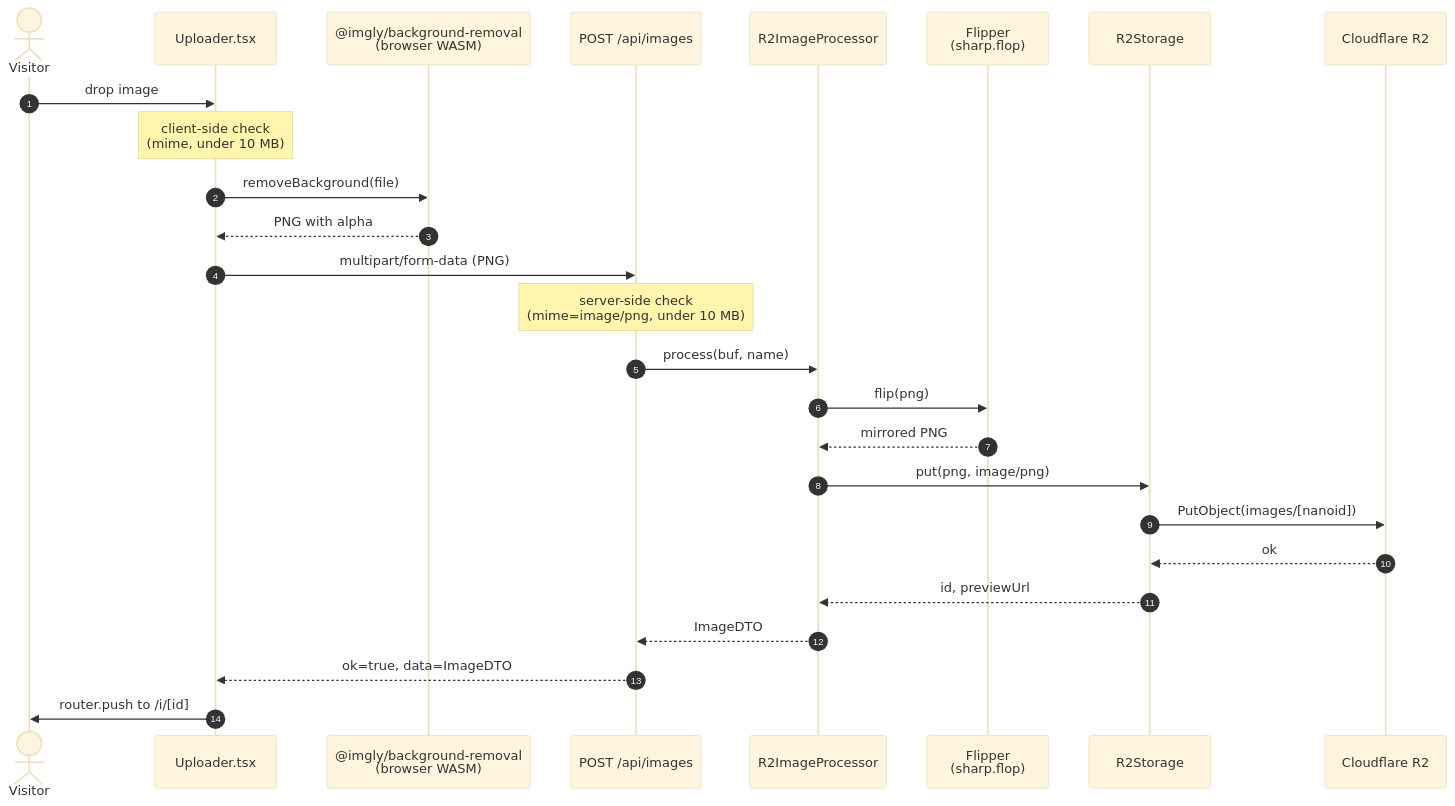
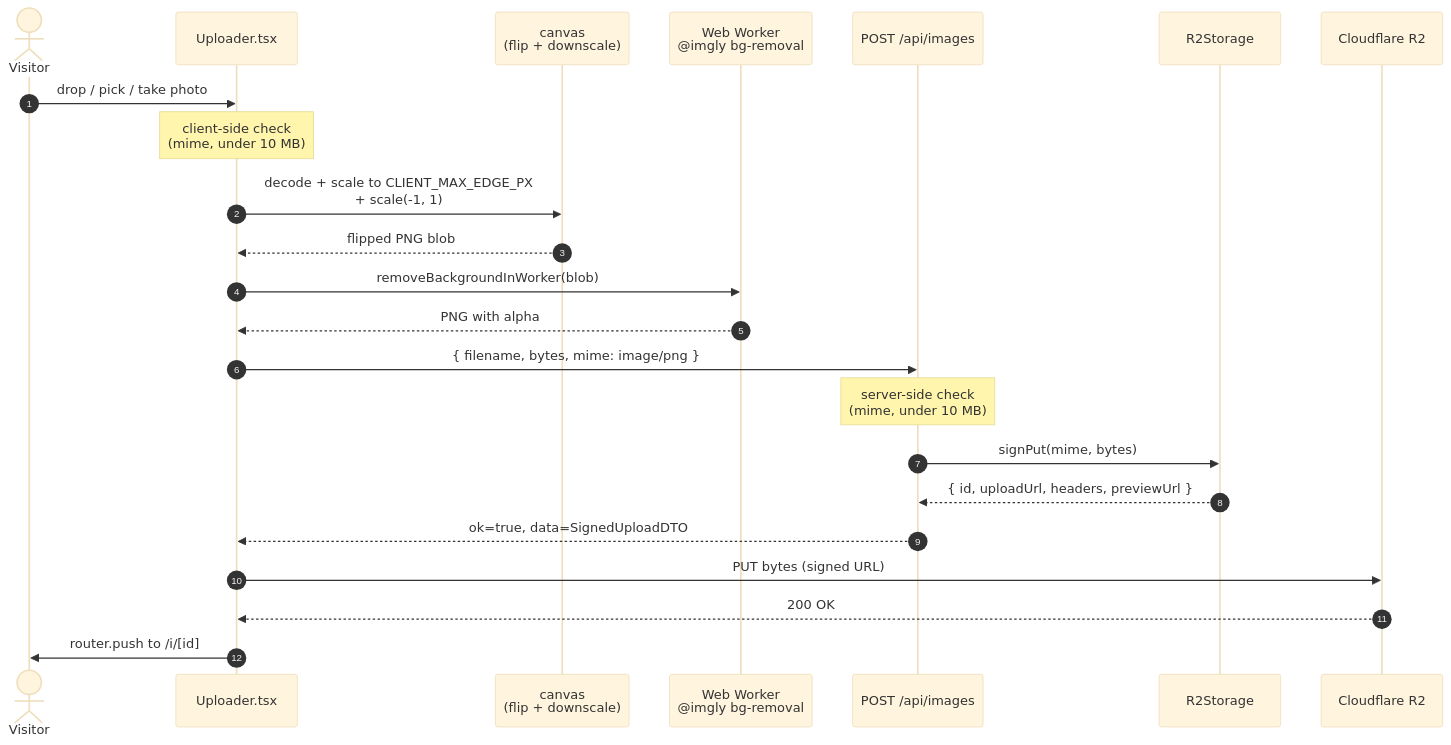
Before and after one commit to agustin-vaca/image-transformation: the third of 5 diagrams in docs/ARCHITECTURE.md, drawn with Mermaid (base theme). The commit also changed other lines of this file and 2 other files, not shown here.

First line of the commit message:
docs: sync PRD/ARCHITECTURE/README with current implementation

````diff
--- a/docs/ARCHITECTURE.md
+++ b/docs/ARCHITECTURE.md
@@ -120,29 +132,26 @@
 ```mermaid
 sequenceDiagram
     autonumber
     actor U as Visitor
     participant UI as Uploader.tsx
-    participant BG as @imgly/background-removal<br/>(browser WASM)
+    participant CV as canvas<br/>(flip + downscale)
+    participant W as Web Worker<br/>@imgly bg-removal
     participant API as POST /api/images
-    participant P as R2ImageProcessor
-    participant F as Flipper<br/>(sharp.flop)
     participant S as R2Storage
     participant R2 as Cloudflare R2
 
-    U->>UI: drop image
+    U->>UI: drop / pick / take photo
     Note over UI: client-side check<br/>(mime, under 10 MB)
-    UI->>BG: removeBackground(file)
-    BG-->>UI: PNG with alpha
-    UI->>API: multipart/form-data (PNG)
-    Note over API: server-side check<br/>(mime=image/png, under 10 MB)
-    API->>P: process(buf, name)
-    P->>F: flip(png)
-    F-->>P: mirrored PNG
-    P->>S: put(png, image/png)
-    S->>R2: PutObject(images/[nanoid])
-    R2-->>S: ok
-    S-->>P: id, previewUrl
-    P-->>API: ImageDTO
-    API-->>UI: ok=true, data=ImageDTO
+    UI->>CV: decode + scale to CLIENT_MAX_EDGE_PX<br/>+ scale(-1, 1)
+    CV-->>UI: flipped PNG blob
+    UI->>W: removeBackgroundInWorker(blob)
+    W-->>UI: PNG with alpha
+    UI->>API: { filename, bytes, mime: image/png }
+    Note over API: server-side check<br/>(mime, under 10 MB)
+    API->>S: signPut(mime, bytes)
+    S-->>API: { id, uploadUrl, headers, previewUrl }
+    API-->>UI: ok=true, data=SignedUploadDTO
+    UI->>R2: PUT bytes (signed URL)
+    R2-->>UI: 200 OK
     UI->>U: router.push to /i/[id]
 ```
````
